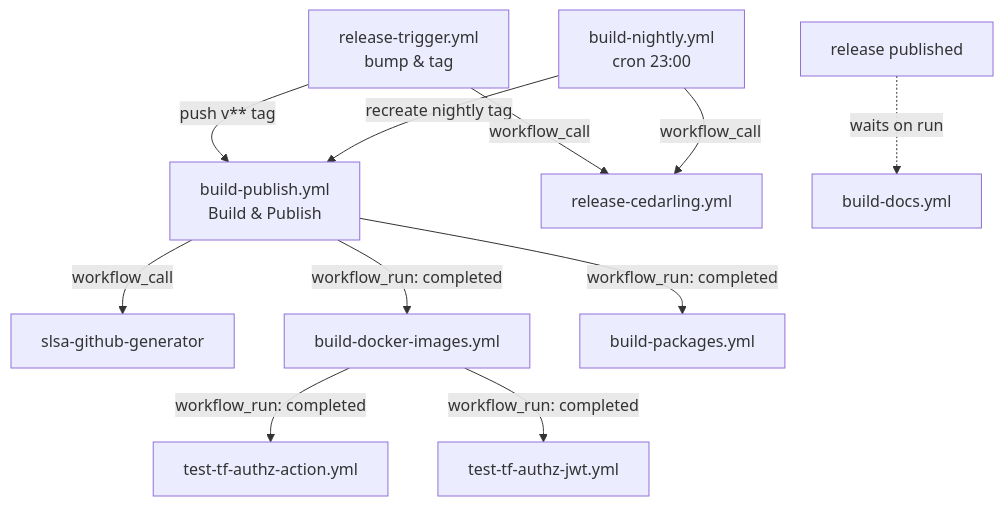
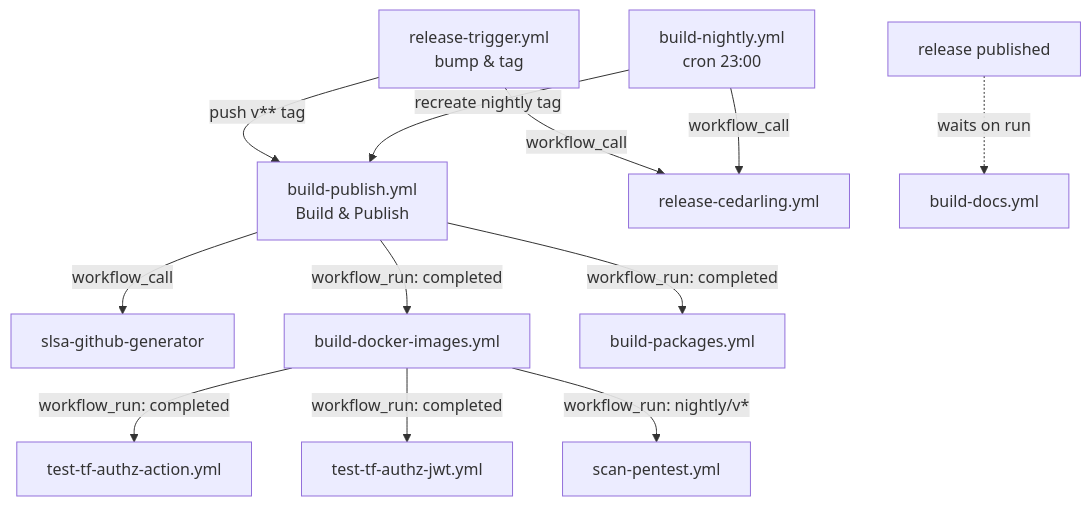
One commit to JanssenProject/jans changed the diagram in docs/contribute/ci-cd/architecture.md. Above: the diagram before and after it, drawn with Mermaid. The commit also changed other lines of this file and 3 other files, not shown here.

First line of the commit message:
feat(sec): run pentest on nightly + release, chained after image publish

````diff
--- a/docs/contribute/ci-cd/architecture.md
+++ b/docs/contribute/ci-cd/architecture.md
@@ -32,13 +32,14 @@
 ```mermaid
 flowchart TD
   RT[release-trigger.yml<br/>bump & tag] -->|push v** tag| BP
   BN[build-nightly.yml<br/>cron 23:00] -->|recreate nightly tag| BP
   RT -->|workflow_call| RC[release-cedarling.yml]
   BN -->|workflow_call| RC
   BP[build-publish.yml<br/>Build & Publish] -->|workflow_call| SLSA[slsa-github-generator]
   BP -->|workflow_run: completed| BDI[build-docker-images.yml]
   BP -->|workflow_run: completed| BPK[build-packages.yml]
   BDI -->|workflow_run: completed| TA[test-tf-authz-action.yml]
   BDI -->|workflow_run: completed| TJ[test-tf-authz-jwt.yml]
+  BDI -->|workflow_run: nightly/v*| PT[scan-pentest.yml]
   REL[release published] -.waits on run.-> BD[build-docs.yml]
 ```
````
